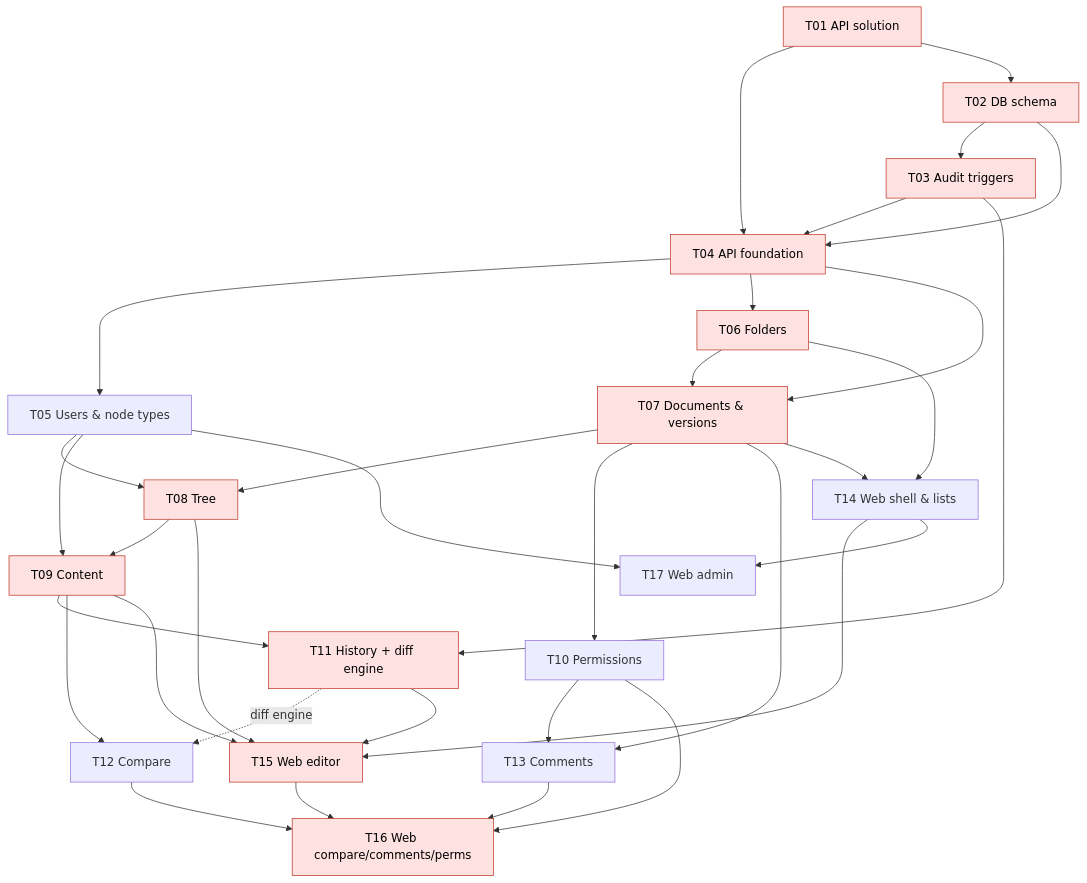
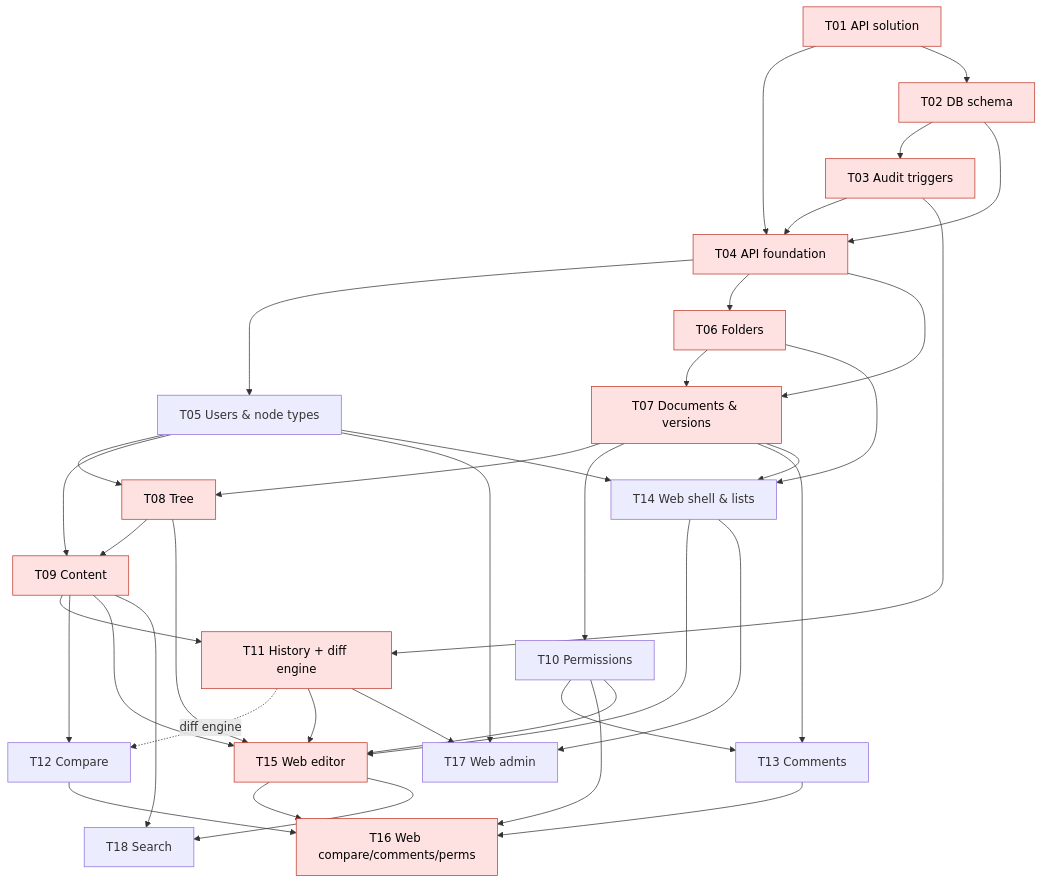
The diagram in docs/tasks/00-execution-plan.md (olexlpv-sys/test-repo), drawn with Mermaid before and after one commit. The commit also changed other lines of this file and 24 other files, not shown here.

````diff
--- a/docs/tasks/00-execution-plan.md
+++ b/docs/tasks/00-execution-plan.md
@@ -31,38 +33,43 @@
 ```mermaid
 flowchart TD
   T01[T01 API solution] --> T04
   T01 --> T02
   T02[T02 DB schema] --> T03[T03 Audit triggers]
   T02 --> T04
   T03 --> T04[T04 API foundation]
   T04 --> T05[T05 Users & node types]
   T04 --> T06[T06 Folders]
   T06 --> T07[T07 Documents & versions]
   T04 --> T07
   T05 --> T08[T08 Tree]
   T07 --> T08
   T08 --> T09[T09 Content]
   T05 --> T09
   T07 --> T10[T10 Permissions]
   T03 --> T11[T11 History + diff engine]
   T09 --> T11
   T09 --> T12[T12 Compare]
   T11 -. diff engine .-> T12
   T07 --> T13[T13 Comments]
   T10 --> T13
   T06 --> T14[T14 Web shell & lists]
   T07 --> T14
   T08 --> T15[T15 Web editor]
   T09 --> T15
   T11 --> T15
   T14 --> T15
   T10 --> T16[T16 Web compare/comments/perms]
   T12 --> T16
   T13 --> T16
   T15 --> T16
   T05 --> T17[T17 Web admin]
+  T11 --> T17
+  T05 --> T14
+  T10 --> T15
+  T09 --> T18[T18 Search]
+  T15 --> T18
   T14 --> T17
 
   classDef crit fill:#fde2e1,stroke:#c0392b,color:#000;
   class T01,T02,T03,T04,T06,T07,T08,T09,T11,T15,T16 crit;
 ```
````
